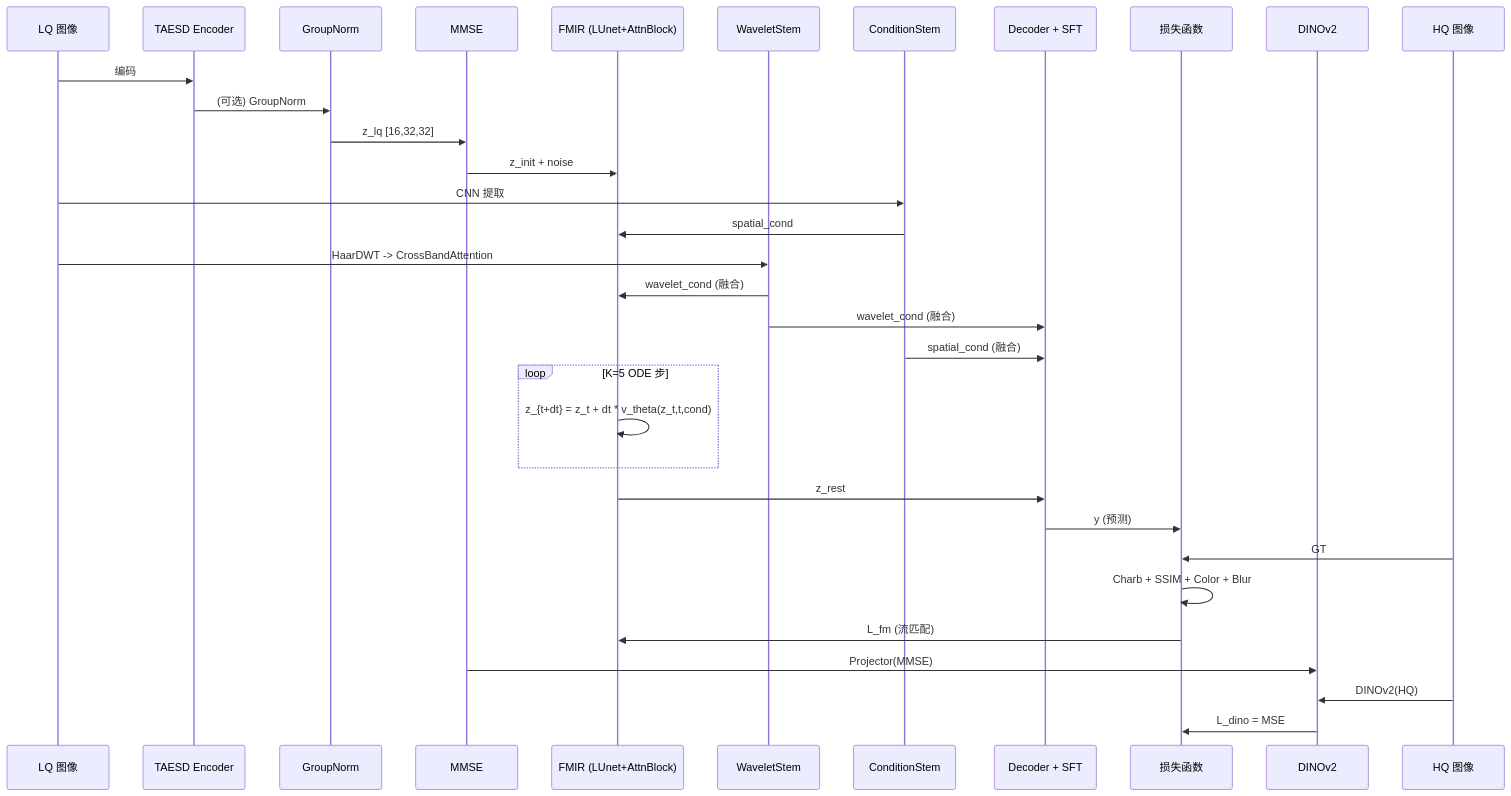
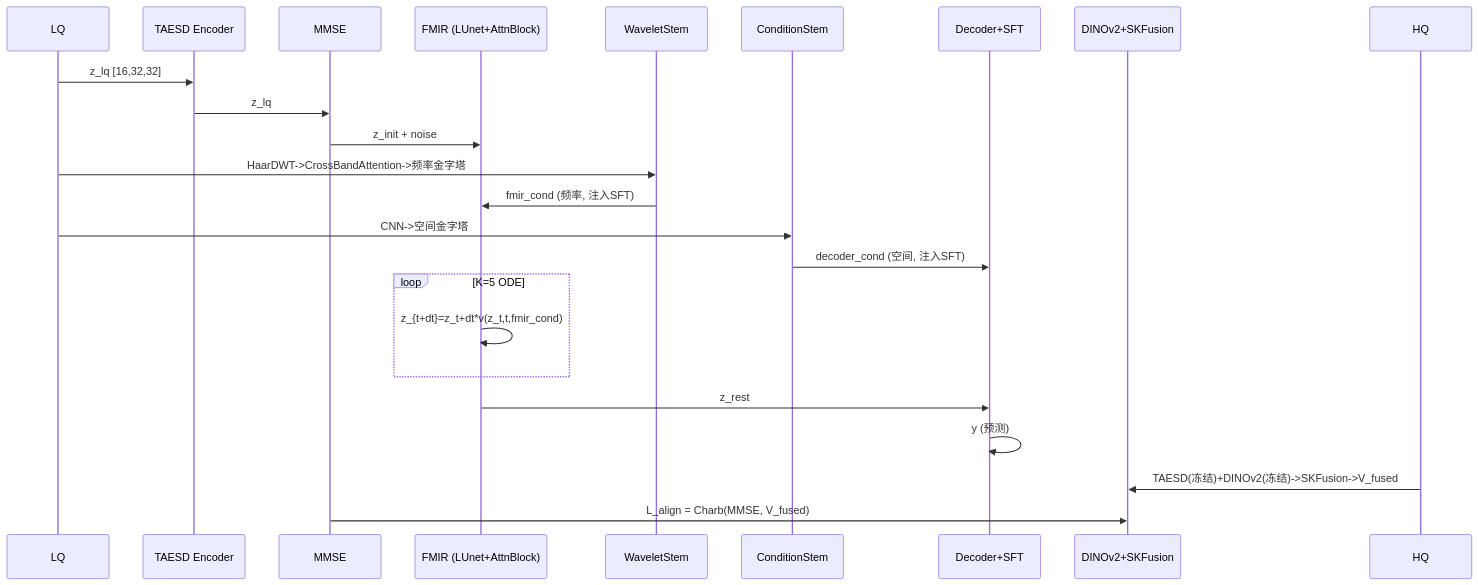
One commit to jlmmox/elir_sft changed the second of 2 diagrams in TRAINING_PIPELINE.md. Above: the diagram before and after it, drawn with Mermaid. The commit also changed other lines of this file and 126 other files, not shown here.

````diff
--- a/TRAINING_PIPELINE.md
+++ b/TRAINING_PIPELINE.md
@@ -59,38 +54,29 @@
 ```mermaid
 sequenceDiagram
-    participant LQ as LQ 图像
+    participant LQ as LQ
     participant Enc as TAESD Encoder
-    participant GN as GroupNorm
     participant MMSE as MMSE
     participant FMIR as FMIR (LUnet+AttnBlock)
     participant Wave as WaveletStem
     participant Cond as ConditionStem
-    participant Dec as Decoder + SFT
-    participant Loss as 损失函数
-    participant DINO as DINOv2
-    participant HQ as HQ 图像
+    participant Dec as Decoder+SFT
+    participant DINO as DINOv2+SKFusion
+    participant HQ as HQ
 
-    LQ->>Enc: 编码
-    Enc->>GN: (可选) GroupNorm
-    GN->>MMSE: z_lq [16,32,32]
+    LQ->>Enc: z_lq [16,32,32]
+    Enc->>MMSE: z_lq
     MMSE->>FMIR: z_init + noise
-    LQ->>Cond: CNN 提取
-    Cond->>FMIR: spatial_cond
-    LQ->>Wave: HaarDWT -> CrossBandAttention
-    Wave->>FMIR: wavelet_cond (融合)
-    Wave->>Dec: wavelet_cond (融合)
-    Cond->>Dec: spatial_cond (融合)
+    LQ->>Wave: HaarDWT->CrossBandAttention->频率金字塔
+    Wave->>FMIR: fmir_cond (频率, 注入SFT)
+    LQ->>Cond: CNN->空间金字塔
+    Cond->>Dec: decoder_cond (空间, 注入SFT)
 
-    loop K=5 ODE 步
-        FMIR->>FMIR: z_{t+dt} = z_t + dt * v_theta(z_t,t,cond)
+    loop K=5 ODE
+        FMIR->>FMIR: z_{t+dt}=z_t+dt*v(z_t,t,fmir_cond)
     end
 
     FMIR->>Dec: z_rest
-    Dec->>Loss: y (预测)
-    HQ->>Loss: GT
-    Loss->>Loss: Charb + SSIM + Color + Blur
-    Loss->>FMIR: L_fm (流匹配)
-    MMSE->>DINO: Projector(MMSE)
-    HQ->>DINO: DINOv2(HQ)
-    DINO->>Loss: L_dino = MSE
+    Dec->>Dec: y (预测)
+    HQ->>DINO: TAESD(冻结)+DINOv2(冻结)->SKFusion->V_fused
+    MMSE->>DINO: L_align = Charb(MMSE, V_fused)
 ```
````
